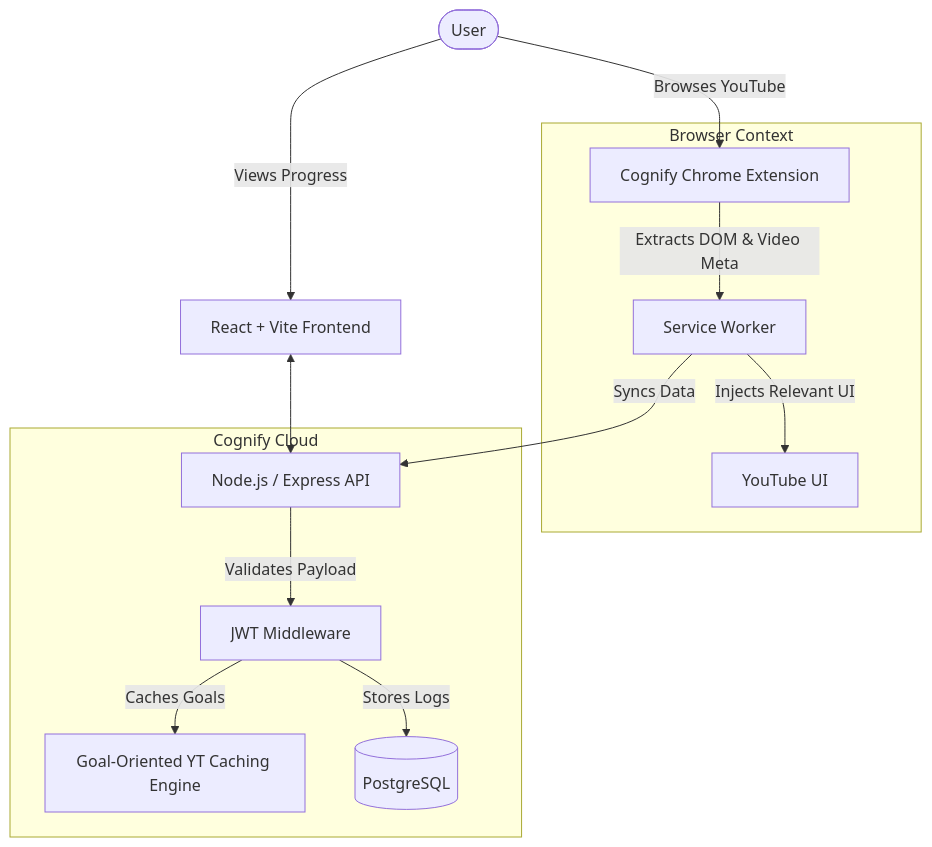
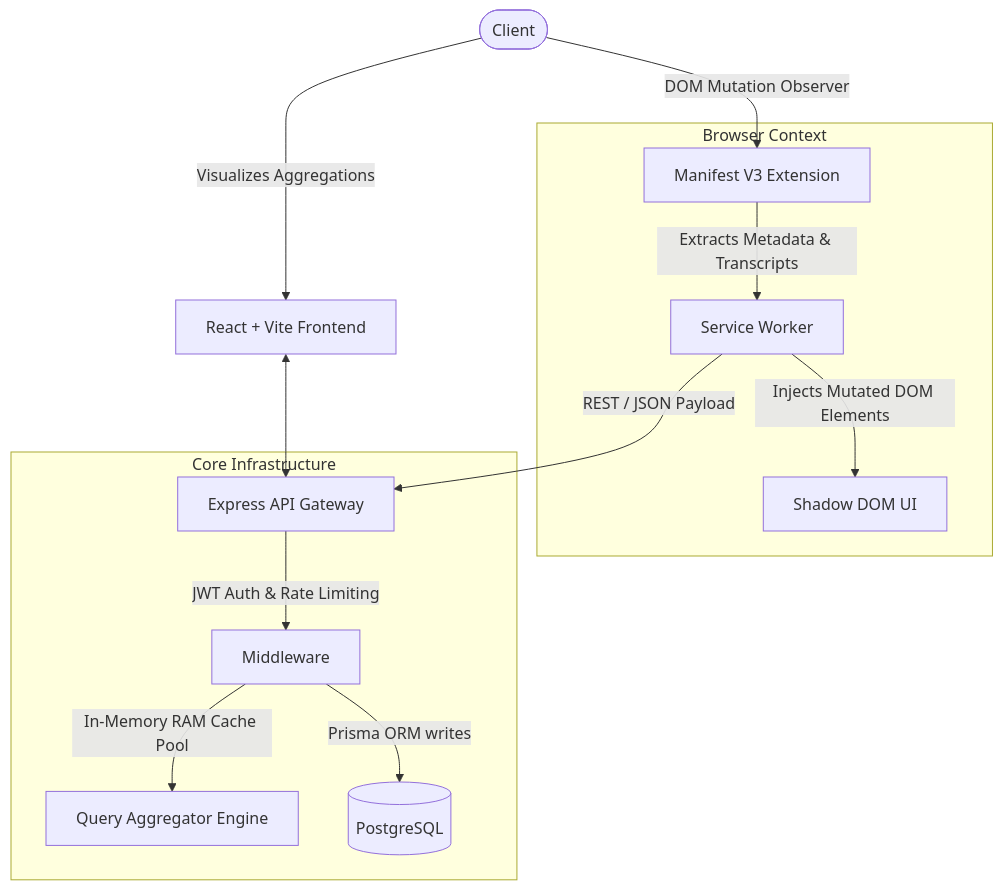
Before and after one commit to harshitnub077/Cognify: the first of 2 diagrams in README.md, drawn with Mermaid. The commit also changed other lines of this file, not shown here.

````diff
--- a/README.md
+++ b/README.md
@@ -36,19 +15,19 @@
 ```mermaid
 graph TD
-    User([User]) --> |Browses YouTube| Ext[Cognify Chrome Extension]
+    User([Client]) --> |DOM Mutation Observer| Ext[Manifest V3 Extension]
     
     subgraph Browser Context
-        Ext --> |Extracts DOM & Video Meta| ExtBg[Service Worker]
-        ExtBg --> |Injects Relevant UI| DOM[YouTube UI]
+        Ext --> |Extracts Metadata & Transcripts| ExtBg[Service Worker]
+        ExtBg --> |Injects Mutated DOM Elements| DOM[Shadow DOM UI]
     end
     
-    subgraph Cognify Cloud
-        ExtBg --> |Syncs Data| API[Node.js / Express API]
-        API --> |Validates Payload| Auth[JWT Middleware]
-        Auth --> |Caches Goals| YTScraper[Goal-Oriented YT Caching Engine]
-        Auth --> |Stores Logs| DB[(PostgreSQL)]
+    subgraph Core Infrastructure
+        ExtBg --> |REST / JSON Payload| API[Express API Gateway]
+        API --> |JWT Auth & Rate Limiting| Auth[Middleware]
+        Auth --> |In-Memory RAM Cache Pool| YTScraper[Query Aggregator Engine]
+        Auth --> |Prisma ORM writes| DB[(PostgreSQL)]
     end
     
-    User --> |Views Progress| Dashboard[React + Vite Frontend]
+    User --> |Visualizes Aggregations| Dashboard[React + Vite Frontend]
     Dashboard <--> API
 ```
````
